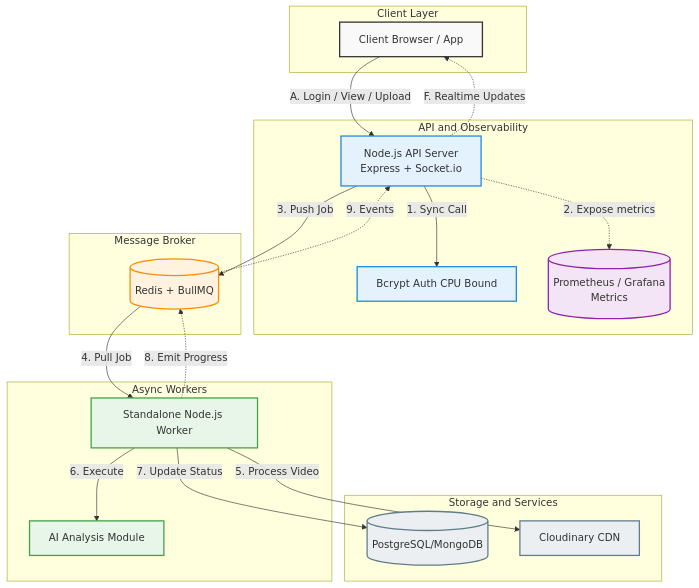
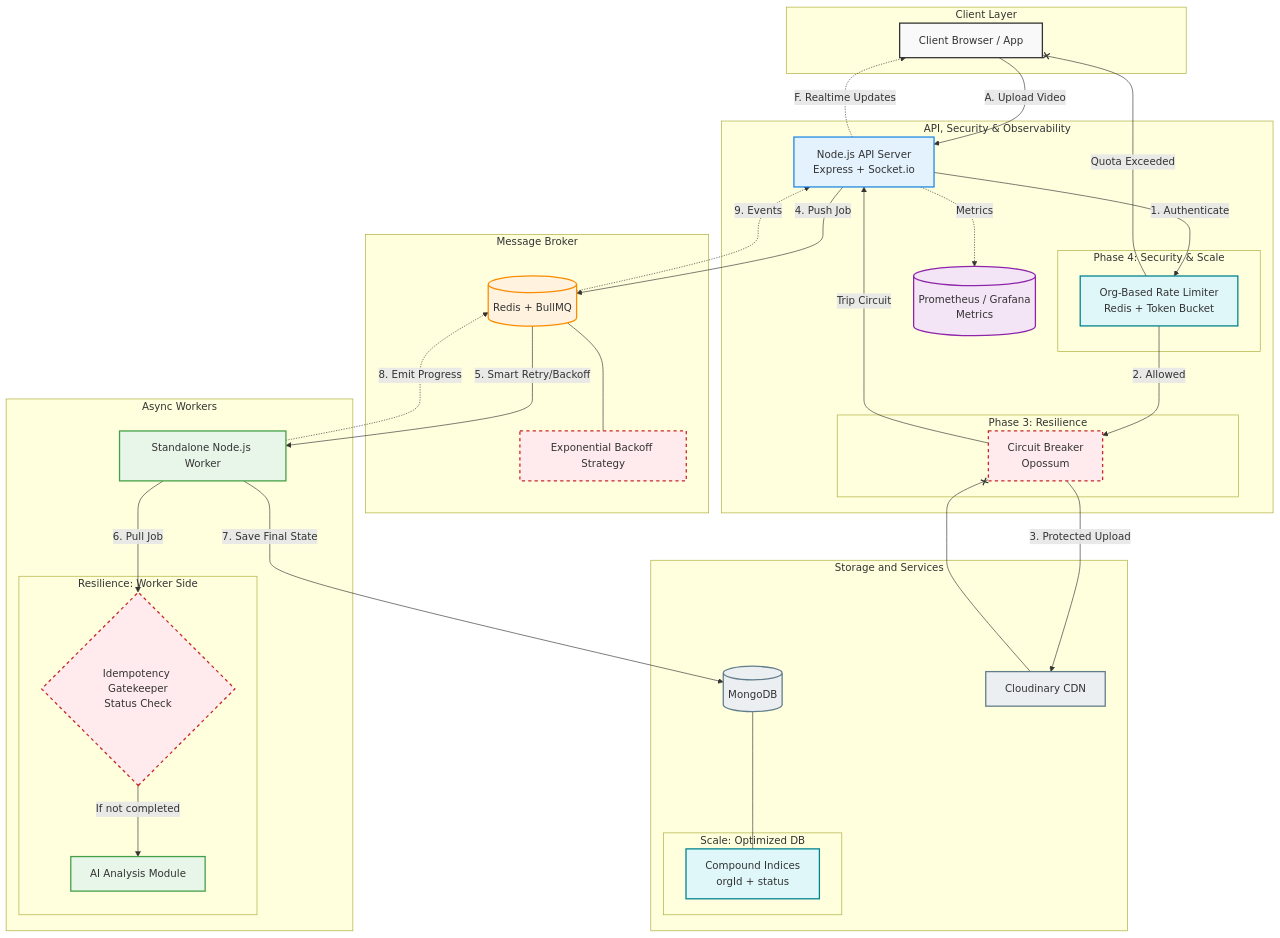
Before and after one commit to SaurabhKumar171/video-streaming-platform: the diagram in README.md, drawn with Mermaid. The commit also changed other lines of this file and 1 other file, not shown here.

Commit message:
feat: added circuit breaker & rate limter

````diff
--- a/README.md
+++ b/README.md
@@ -9,48 +24,83 @@
 ```mermaid
 graph TD
+    %% Styling
     classDef client fill:#f9f9f9,stroke:#333,stroke-width:2px;
     classDef mainServer fill:#e3f2fd,stroke:#1e88e5,stroke-width:2px;
     classDef worker fill:#e8f5e9,stroke:#43a047,stroke-width:2px;
     classDef broker fill:#fff3e0,stroke:#fb8c00,stroke-width:2px;
     classDef storage fill:#eceff1,stroke:#607d8b,stroke-width:2px;
     classDef metrics fill:#f3e5f5,stroke:#8e24aa,stroke-width:2px;
+    classDef resilience fill:#ffebee,stroke:#c62828,stroke-width:2px,stroke-dasharray: 5 5;
+    classDef security fill:#e0f7fa,stroke:#00838f,stroke-width:2px;
 
+    %% Client Layer
     subgraph Client_Layer [Client Layer]
         Client[Client Browser / App]:::client
     end
 
-    subgraph API_Observability [API and Observability]
+    %% API + Observability + Security
+    subgraph API_Observability [API, Security & Observability]
         API[Node.js API Server<br/>Express + Socket.io]:::mainServer
-        Login[Bcrypt Auth CPU Bound]:::mainServer
         Prometheus[(Prometheus / Grafana<br/>Metrics)]:::metrics
+        
+        subgraph Phase4_Security [Phase 4: Security & Scale]
+            Limiter[Org-Based Rate Limiter<br/>Redis + Token Bucket]:::security
+        end
 
-        API -->|1. Sync Call| Login
-        API -.->|2. Expose metrics| Prometheus
+        subgraph Phase3_API [Phase 3: Resilience]
+            Breaker[Circuit Breaker<br/>Opossum]:::resilience
+        end
+
+        API -->|1. Authenticate| Limiter
+        Limiter -->|2. Allowed| Breaker
+        API -.->|Metrics| Prometheus
     end
 
+    %% Message Broker
     subgraph Message_Broker [Message Broker]
         Redis[(Redis + BullMQ)]:::broker
+        Backoff[Exponential Backoff Strategy]:::resilience
+        Redis --- Backoff
     end
 
+    %% Worker Layer
     subgraph Worker_Layer [Async Workers]
         Worker[Standalone Node.js Worker]:::worker
-        AI[AI Analysis Module]:::worker
+        
+        subgraph Phase3_Worker [Resilience: Worker Side]
+            Idempotency{Idempotency Gatekeeper<br/>Status Check}:::resilience
+            AI[AI Analysis Module]:::worker
+        end
 
-        Worker -->|6. Execute| AI
+        Worker -->|6. Pull Job| Idempotency
+        Idempotency -->|If not completed| AI
     end
 
+    %% Storage & External Services
     subgraph Data_External [Storage and Services]
-        DB[(PostgreSQL/MongoDB)]:::storage
+        DB[(MongoDB)]:::storage
         Cloudinary[Cloudinary CDN]:::storage
+        
+        subgraph Phase4_DB [Scale: Optimized DB]
+            Indices[Compound Indices<br/>orgId + status]:::security
+        end
+        DB --- Indices
     end
 
-    Client -->|A. Login / View / Upload| API
-    API -->|3. Push Job| Redis
-    Redis -->|4. Pull Job| Worker
-    Worker -->|5. Process Video| Cloudinary
-    Worker -->|7. Update Status| DB
+    %% Main Flow
+    Client -->|A. Upload Video| API
+    Breaker -->|3. Protected Upload| Cloudinary
+    API -->|4. Push Job| Redis
+    Redis -->|5. Smart Retry/Backoff| Worker
+    Worker -->|7. Save Final State| DB
 
+    %% Realtime Updates
     Worker -.->|8. Emit Progress| Redis
     Redis -.->|9. Events| API
     API -.->|F. Realtime Updates| Client
+    
+    %% Error & Rejection Flow
+    Cloudinary --x Breaker
+    Breaker -->|Trip Circuit| API
+    Limiter --x|Quota Exceeded| Client
 ```
````
